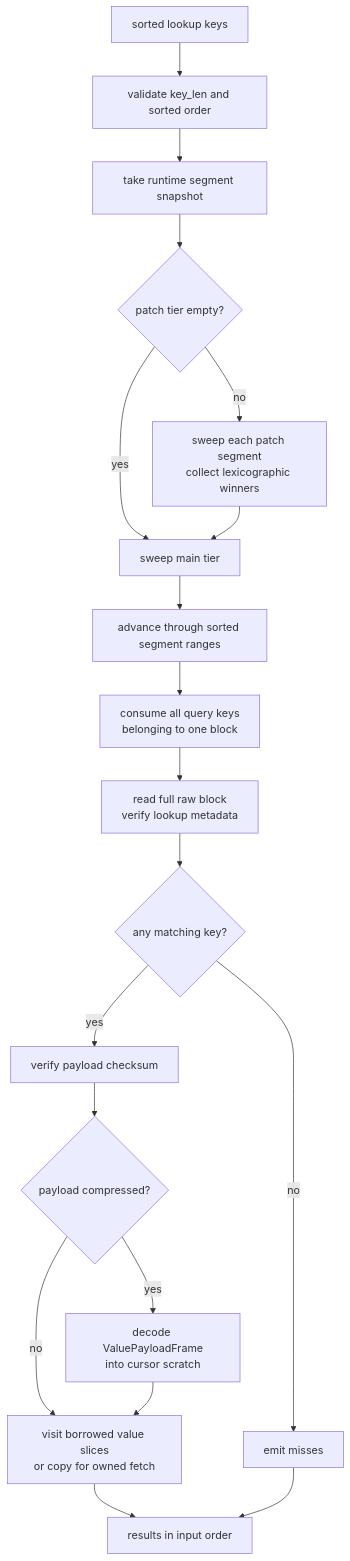
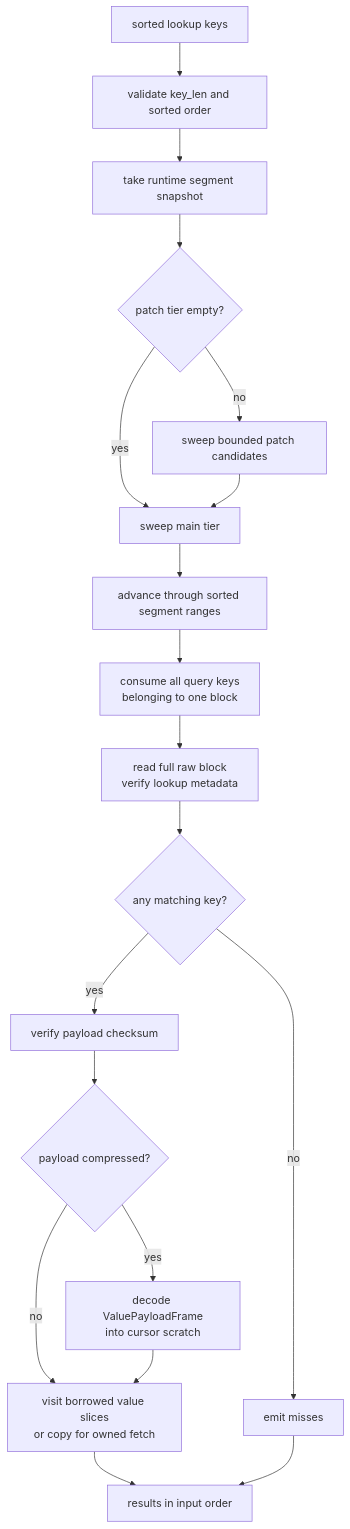
One commit to wangl-cc/evo-ssa-tools changed the sixth of 7 diagrams in crates/segment-cache-store/docs/design.md. Above: the diagram before and after it, drawn with Mermaid. The commit also changed other lines of this file and 20 other files, not shown here.

````diff
--- a/crates/segment-cache-store/docs/design.md
+++ b/crates/segment-cache-store/docs/design.md
@@ -512,23 +532,23 @@
 ```mermaid
 flowchart TD
   Keys["sorted lookup keys"] --> Validate["validate key_len and sorted order"]
   Validate --> Snapshot["take runtime segment snapshot"]
   Snapshot --> PatchCheck{"patch tier empty?"}
 
   PatchCheck -->|yes| MainSweep["sweep main tier"]
-  PatchCheck -->|no| PatchSweep["sweep each patch segment<br/>collect lexicographic winners"]
+  PatchCheck -->|no| PatchSweep["sweep bounded patch candidates"]
   PatchSweep --> MainSweep
 
   MainSweep --> SegmentSweep["advance through sorted segment ranges"]
   SegmentSweep --> BlockRange["consume all query keys<br/>belonging to one block"]
   BlockRange --> FullBlock["read full raw block<br/>verify lookup metadata"]
   FullBlock --> HitCheck{"any matching key?"}
   HitCheck -->|no| Misses["emit misses"]
   HitCheck -->|yes| VerifyPayload["verify payload checksum"]
   VerifyPayload --> PayloadReady{"payload compressed?"}
   PayloadReady -->|no| Emit["visit borrowed value slices<br/>or copy for owned fetch"]
   PayloadReady -->|yes| DecodePayload["decode ValuePayloadFrame<br/>into cursor scratch"]
   DecodePayload --> Emit
   Emit --> Output["results in input order"]
   Misses --> Output
 ```
````
